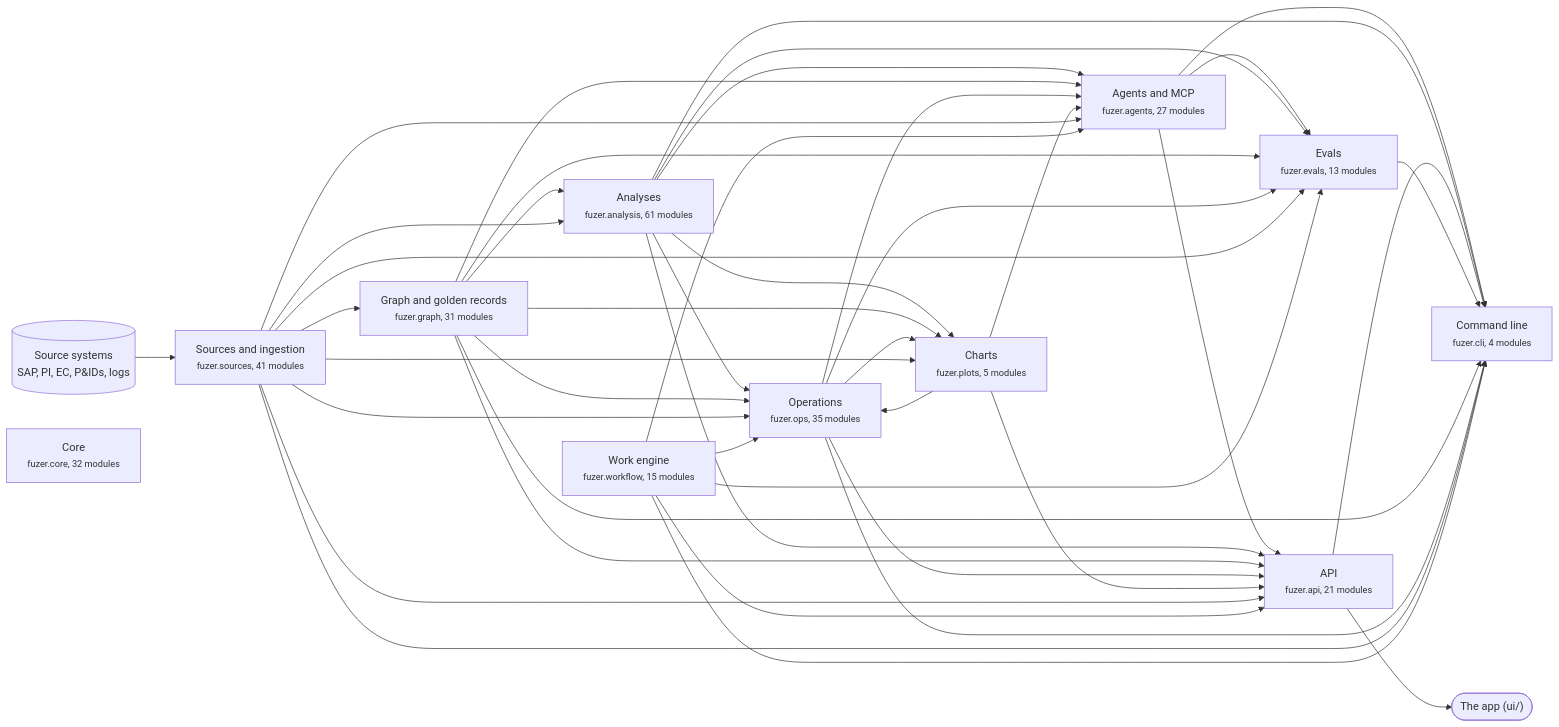
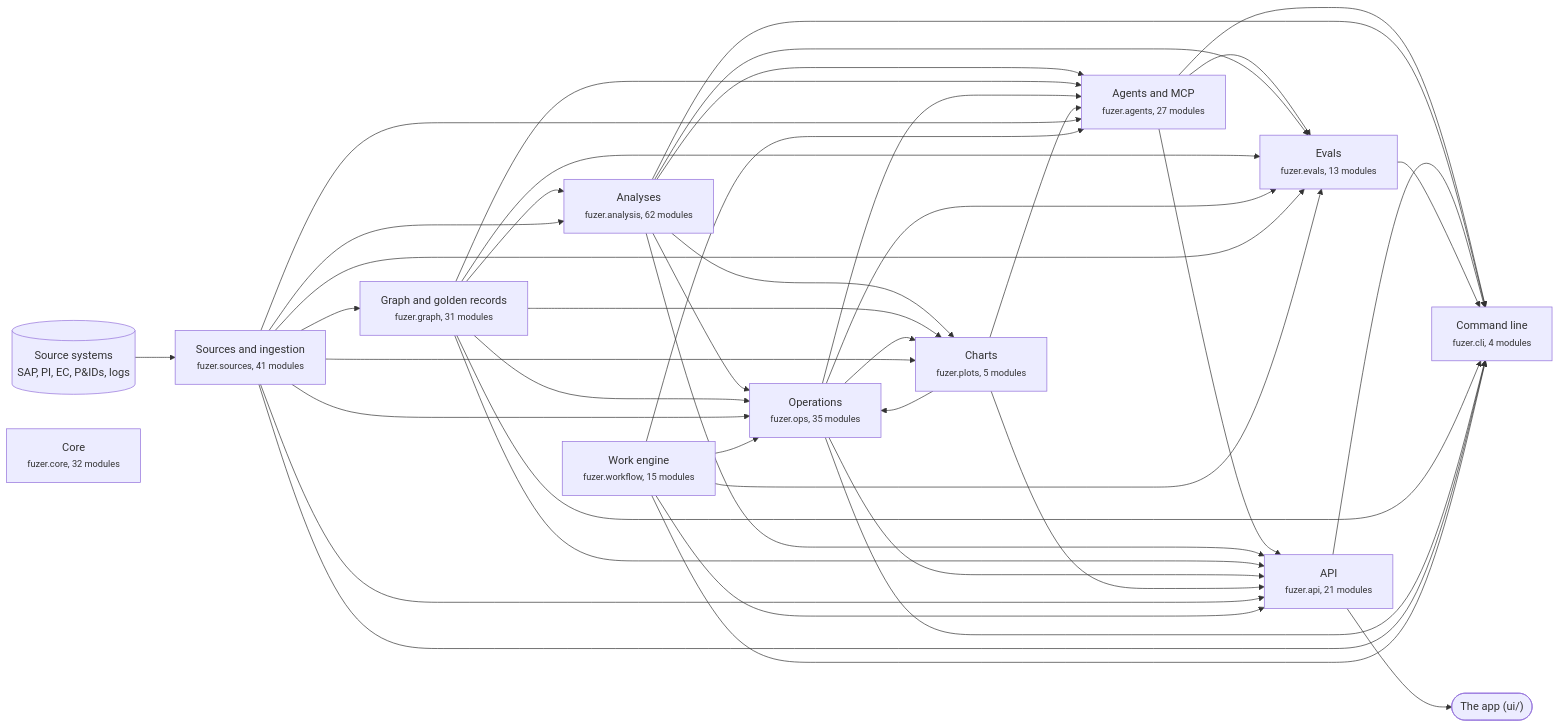
Before and after one commit to areed145/fuzer: the first of 3 diagrams in docs/architecture.md, drawn with Mermaid. The commit also changed other lines of this file, not shown here.

Commit message:
Regenerate the architecture page for trend_view
Claude-Session: https://claude.ai/code/session_01LEmc6Rx7TJC1LwjqCf9nfJ

````diff
--- a/docs/architecture.md
+++ b/docs/architecture.md
@@ -8,67 +8,67 @@
 ```mermaid
 flowchart LR
   systems[("Source systems<br>SAP, PI, EC, P&IDs, logs")] --> c_sources
   app(["The app (ui/)"])
   c_api --> app
   c_sources["Sources and ingestion<br><small>fuzer.sources, 41 modules</small>"]
   c_graph["Graph and golden records<br><small>fuzer.graph, 31 modules</small>"]
-  c_analysis["Analyses<br><small>fuzer.analysis, 61 modules</small>"]
+  c_analysis["Analyses<br><small>fuzer.analysis, 62 modules</small>"]
   c_ops["Operations<br><small>fuzer.ops, 35 modules</small>"]
   c_plots["Charts<br><small>fuzer.plots, 5 modules</small>"]
   c_workflow["Work engine<br><small>fuzer.workflow, 15 modules</small>"]
   c_agents["Agents and MCP<br><small>fuzer.agents, 27 modules</small>"]
   c_evals["Evals<br><small>fuzer.evals, 13 modules</small>"]
   c_api["API<br><small>fuzer.api, 21 modules</small>"]
   c_cli["Command line<br><small>fuzer.cli, 4 modules</small>"]
   c_core["Core<br><small>fuzer.core, 32 modules</small>"]
   c_sources --> c_graph
   c_graph --> c_analysis
   c_sources --> c_analysis
   c_analysis --> c_ops
   c_graph --> c_ops
   c_plots --> c_ops
   c_sources --> c_ops
   c_workflow --> c_ops
   c_analysis --> c_plots
   c_graph --> c_plots
   c_ops --> c_plots
   c_sources --> c_plots
   c_analysis --> c_agents
   c_graph --> c_agents
   c_ops --> c_agents
   c_plots --> c_agents
   c_sources --> c_agents
   c_workflow --> c_agents
   c_agents --> c_evals
   c_analysis --> c_evals
   c_graph --> c_evals
   c_ops --> c_evals
   c_sources --> c_evals
   c_workflow --> c_evals
   c_agents --> c_api
   c_analysis --> c_api
   c_graph --> c_api
   c_ops --> c_api
   c_plots --> c_api
   c_sources --> c_api
   c_workflow --> c_api
   c_agents --> c_cli
   c_analysis --> c_cli
   c_api --> c_cli
   c_evals --> c_cli
   c_graph --> c_cli
   c_ops --> c_cli
   c_sources --> c_cli
   c_workflow --> c_cli
   click c_sources "https://github.com/areed145/fuzer/tree/main/src/fuzer/sources"
   click c_graph "https://github.com/areed145/fuzer/tree/main/src/fuzer/graph"
   click c_analysis "https://github.com/areed145/fuzer/tree/main/src/fuzer/analysis"
   click c_ops "https://github.com/areed145/fuzer/tree/main/src/fuzer/ops"
   click c_plots "https://github.com/areed145/fuzer/tree/main/src/fuzer/plots"
   click c_workflow "https://github.com/areed145/fuzer/tree/main/src/fuzer/workflow"
   click c_agents "https://github.com/areed145/fuzer/tree/main/src/fuzer/agents"
   click c_evals "https://github.com/areed145/fuzer/tree/main/src/fuzer/evals"
   click c_api "https://github.com/areed145/fuzer/tree/main/src/fuzer/api"
   click c_cli "https://github.com/areed145/fuzer/tree/main/src/fuzer/cli"
   click c_core "https://github.com/areed145/fuzer/tree/main/src/fuzer/core"
 ```
````
